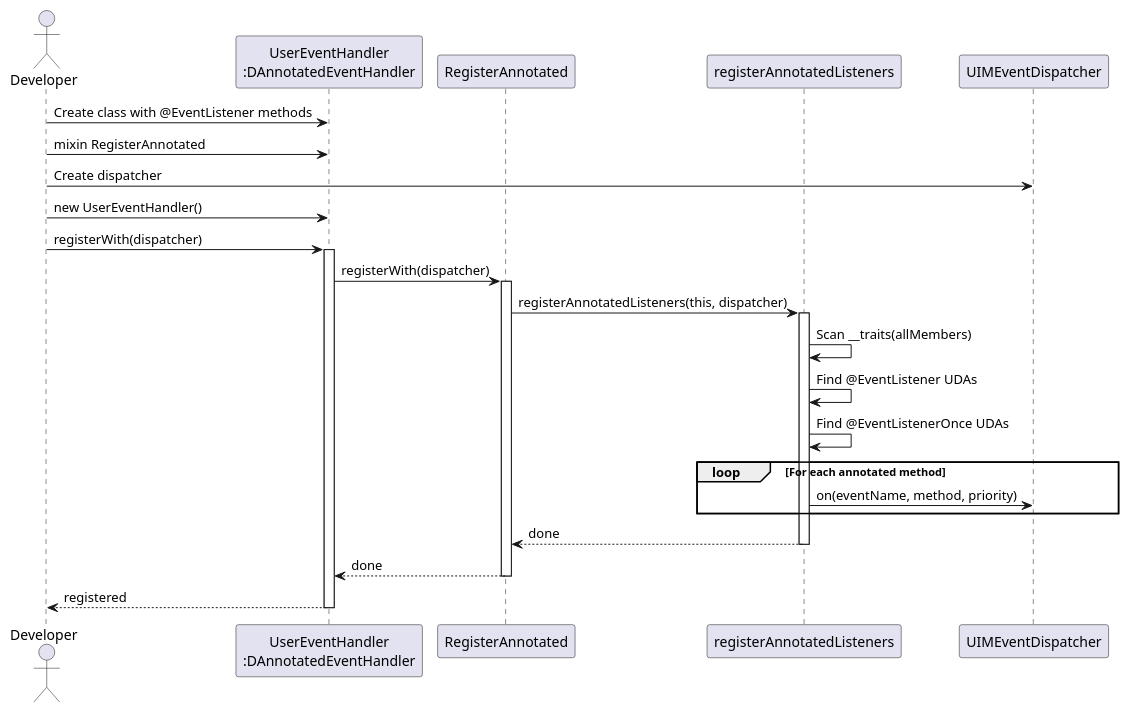
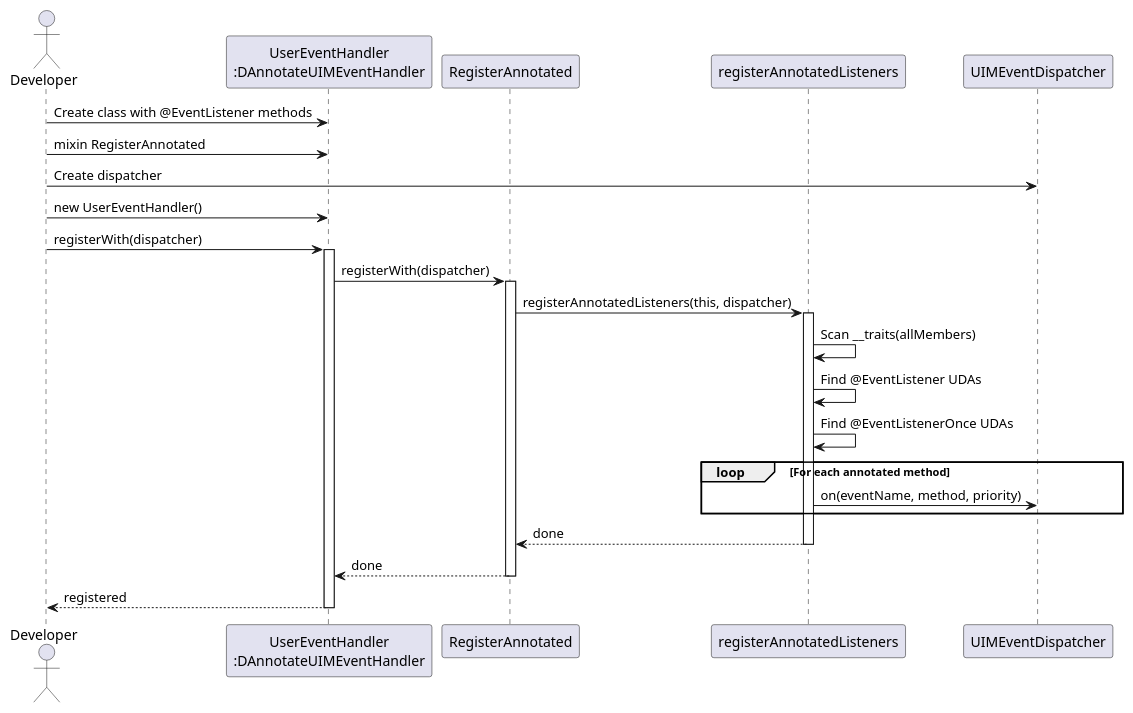
The ninth of 12 diagrams in events/UML.md (UIMSolutions/uim-framework), drawn with PlantUML before and after one commit. The commit also changed other lines of this file and 21 other files, not shown here.

First line of the commit message:
Refactor event system to use UIMEvent and related interfaces

````diff
--- a/events/UML.md
+++ b/events/UML.md
@@ -371,40 +371,40 @@
 ```plantuml
 @startuml Events_Annotated_Registration
 
 actor Developer
-participant Handler as "UserEventHandler\n:DAnnotatedEventHandler"
+participant Handler as "UserEventHandler\n:DAnnotateUIMEventHandler"
 participant Mixin as "RegisterAnnotated"
 participant Scanner as "registerAnnotatedListeners"
 participant Dispatcher as "UIMEventDispatcher"
 
 Developer -> Handler: Create class with @EventListener methods
 Developer -> Handler: mixin RegisterAnnotated
 
 Developer -> Dispatcher: Create dispatcher
 Developer -> Handler: new UserEventHandler()
 
 Developer -> Handler: registerWith(dispatcher)
 activate Handler
 Handler -> Mixin: registerWith(dispatcher)
 activate Mixin
 
 Mixin -> Scanner: registerAnnotatedListeners(this, dispatcher)
 activate Scanner
 
 Scanner -> Scanner: Scan __traits(allMembers)
 Scanner -> Scanner: Find @EventListener UDAs
 Scanner -> Scanner: Find @EventListenerOnce UDAs
 
 loop For each annotated method
   Scanner -> Dispatcher: on(eventName, method, priority)
 end
 
 Scanner --> Mixin: done
 deactivate Scanner
 Mixin --> Handler: done
 deactivate Mixin
 Handler --> Developer: registered
 deactivate Handler
 
 @enduml
 ```
````
